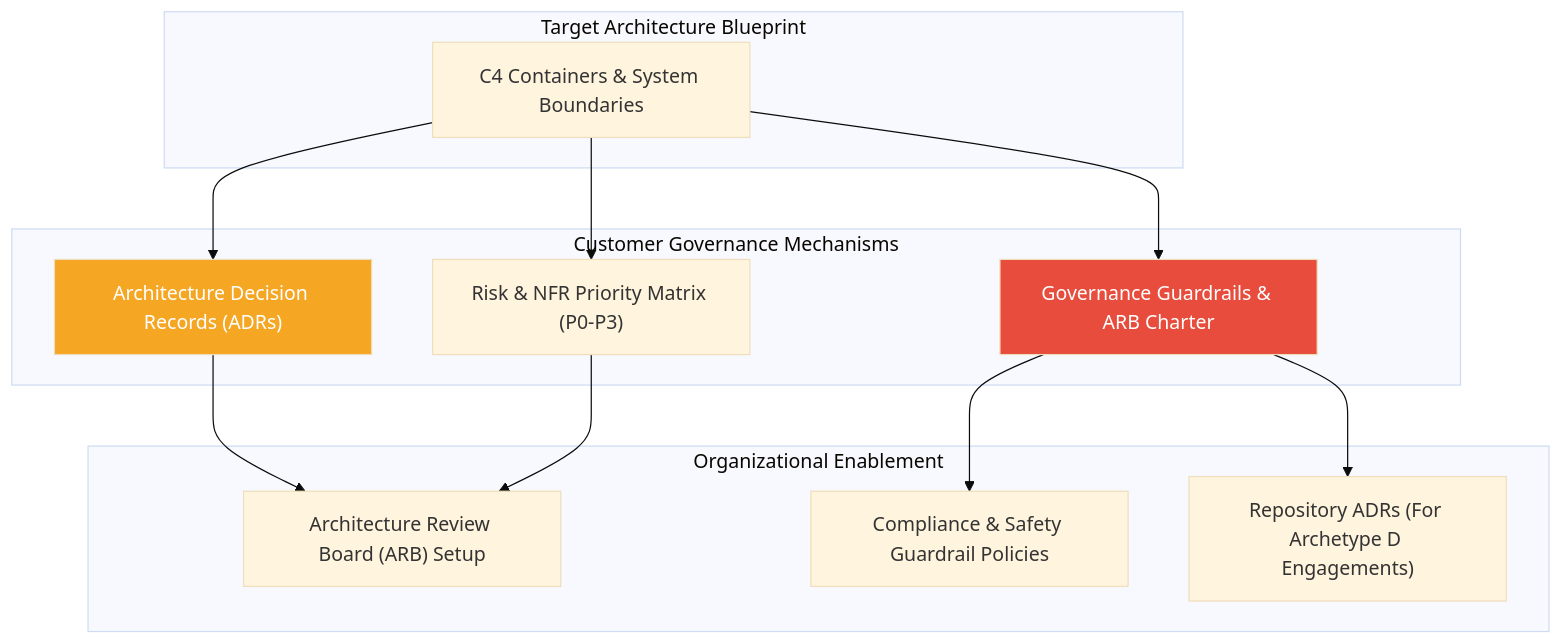
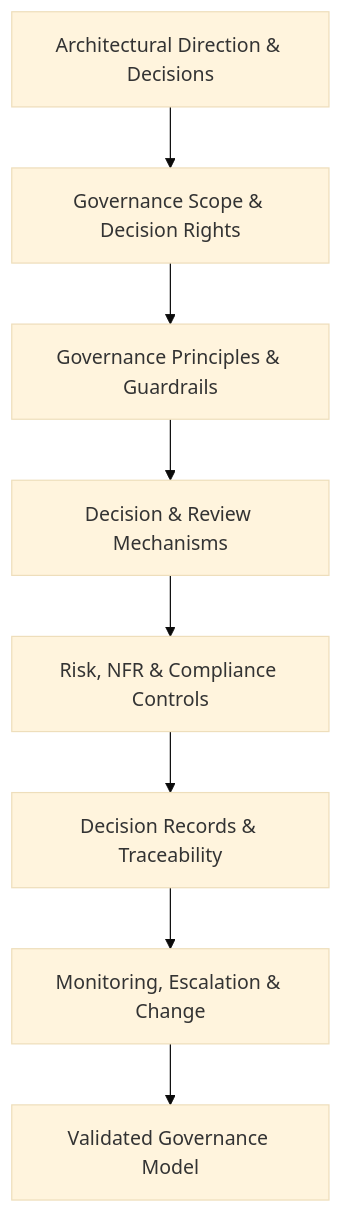
One commit to avfranco-br/portfolio changed the diagram in docs/sop/03-governance-framework.md. Above: the diagram before and after it, drawn with Mermaid (base theme). The commit also changed other lines of this file and 11 other files, not shown here.

Commit message:
Add Architecture Decision Review methodology documentation

````diff
--- a/docs/sop/03-governance-framework.md
+++ b/docs/sop/03-governance-framework.md
@@ -23,26 +30,10 @@
 ```mermaid
 graph TD
-    subgraph "Target Architecture Blueprint"
-        B1["C4 Containers & System Boundaries"]
-    end
-
-    subgraph "Customer Governance Mechanisms"
-        G1["Architecture Decision Records (ADRs)"]
-        G2["Risk & NFR Priority Matrix (P0-P3)"]
-        G3["Governance Guardrails & ARB Charter"]
-    end
-
-    subgraph "Organizational Enablement"
-        E1["Architecture Review Board (ARB) Setup"]
-        E2["Compliance & Safety Guardrail Policies"]
-        E3["Repository ADRs (For Archetype D Engagements)"]
-    end
-
-    B1 --> G1 & G2 & G3
-    G1 --> E1
-    G2 --> E1
-    G3 --> E2 & E3
-
-    style G1 fill:#F5A623,color:#fff
-    style G3 fill:#E74C3C,color:#fff
+    A["Architectural Direction & Decisions"] --> B["Governance Scope & Decision Rights"]
+    B --> C["Governance Principles & Guardrails"]
+    C --> D["Decision & Review Mechanisms"]
+    D --> E["Risk, NFR & Compliance Controls"]
+    E --> F["Decision Records & Traceability"]
+    F --> G["Monitoring, Escalation & Change"]
+    G --> H["Validated Governance Model"]
 ```
````
